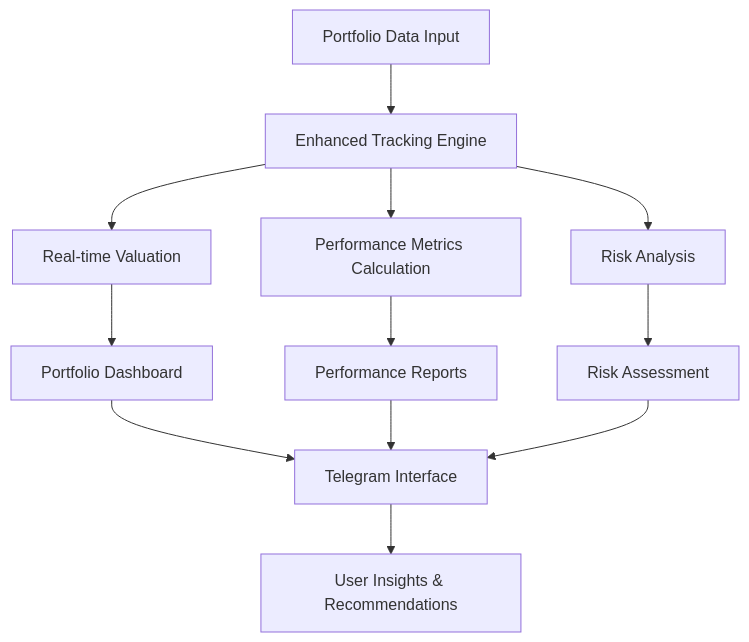
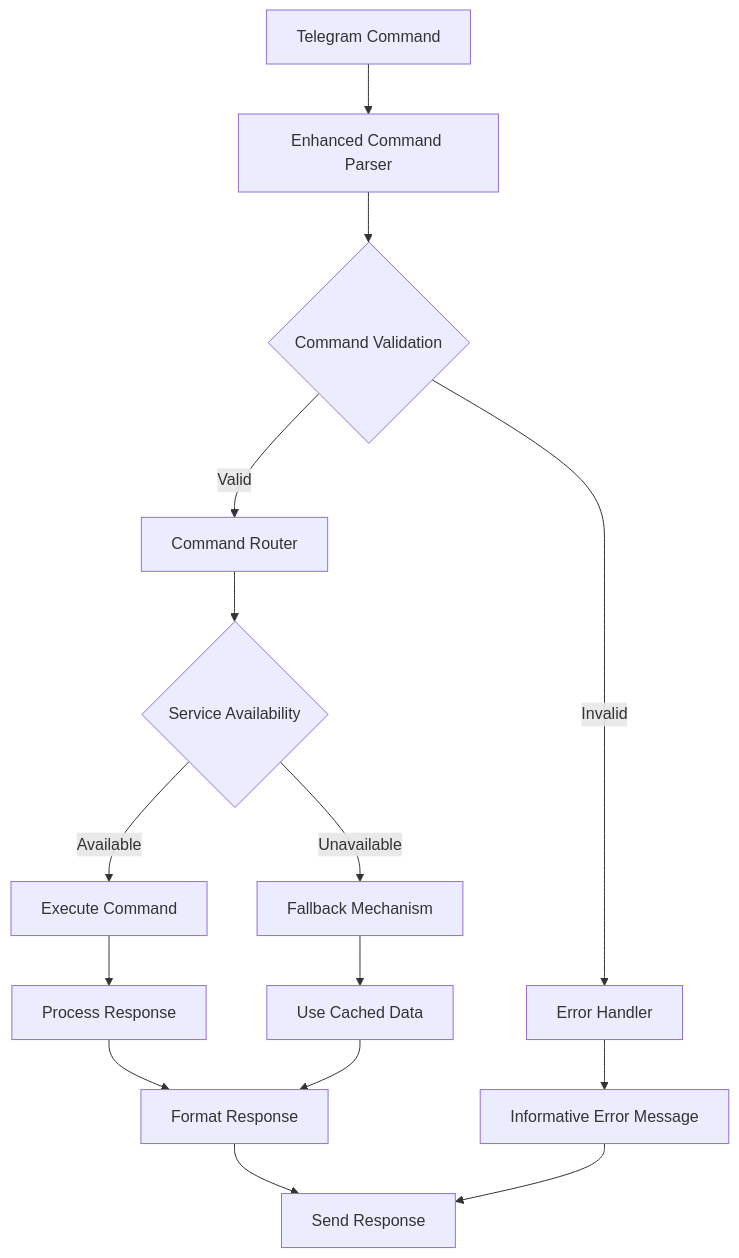
Before and after one commit to ZengSeng/telegram-bot: the third of 9 diagrams in .qoder/repowiki/en/content/Core Components/Stock Trading Bot.md, drawn with Mermaid. The commit also changed other lines of this file and 7 other files, not shown here.

````diff
--- a/.qoder/repowiki/en/content/Core Components/Stock Trading Bot.md
+++ b/.qoder/repowiki/en/content/Core Components/Stock Trading Bot.md
@@ -387,14 +381,17 @@
 ```mermaid
 flowchart TD
-A[Portfolio Data Input] --> B[Enhanced Tracking Engine]
-B --> C[Real-time Valuation]
-B --> D[Performance Metrics Calculation]
-B --> E[Risk Analysis]
-C --> F[Portfolio Dashboard]
-D --> G[Performance Reports]
-E --> H[Risk Assessment]
-F --> I[Telegram Interface]
-G --> I
-H --> I
-I --> J[User Insights & Recommendations]
+A[Telegram Command] --> B[Enhanced Command Parser]
+B --> C{Command Validation}
+C --> |Valid| D[Command Router]
+C --> |Invalid| E[Error Handler]
+D --> F{Service Availability}
+F --> |Available| G[Execute Command]
+F --> |Unavailable| H[Fallback Mechanism]
+G --> I[Process Response]
+H --> J[Use Cached Data]
+I --> K[Format Response]
+J --> K
+K --> L[Send Response]
+E --> M[Informative Error Message]
+M --> L
 ```
````
